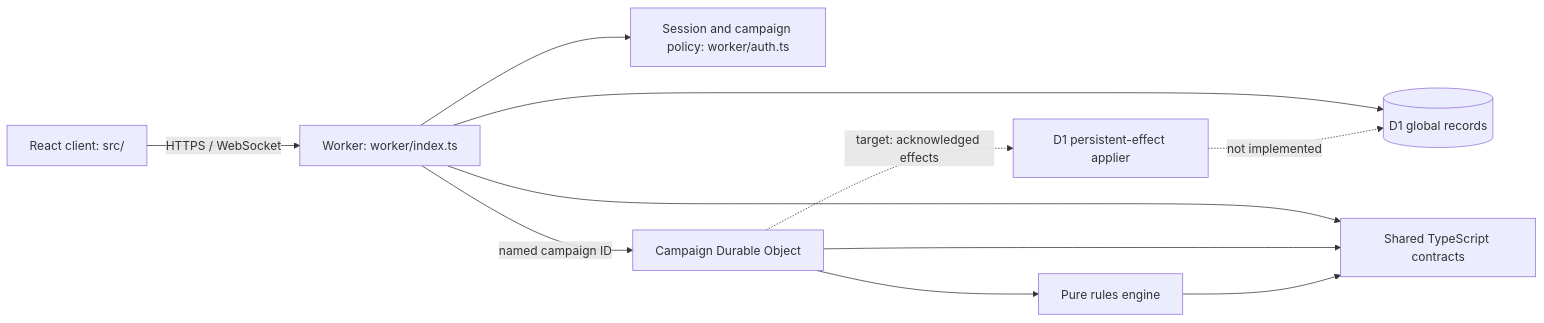
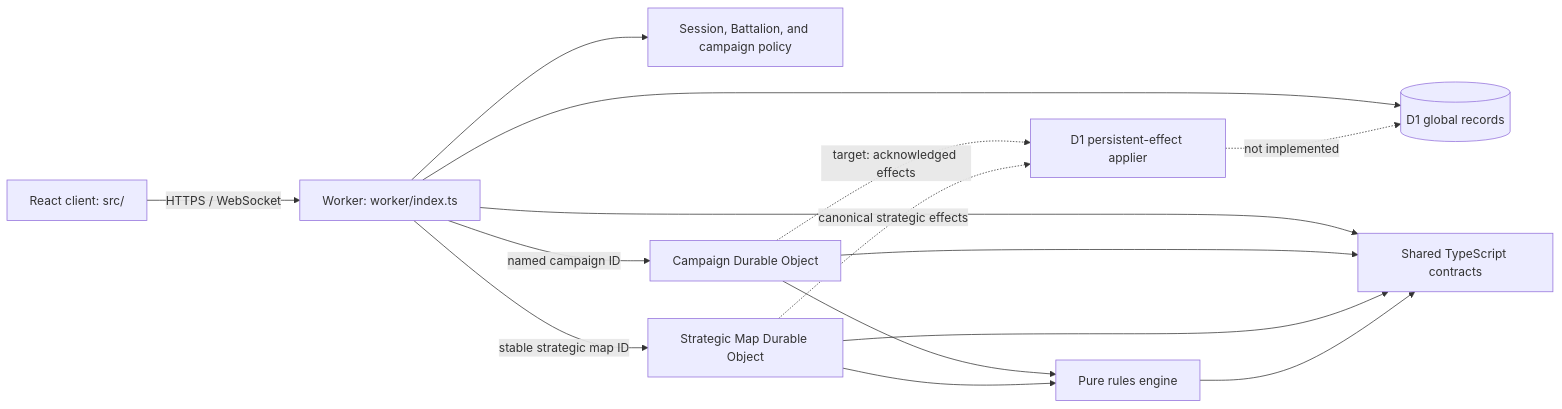
Before and after one commit to jbwod/Corinths-Plight: the diagram in docs/ARCHITECTURE.md, drawn with Mermaid. The commit also changed other lines of this file and 42 other files, not shown here.

````diff
--- a/docs/ARCHITECTURE.md
+++ b/docs/ARCHITECTURE.md
@@ -59,13 +62,17 @@
 ```mermaid
 flowchart LR
     Browser["React client: src/"] -->|HTTPS / WebSocket| Worker["Worker: worker/index.ts"]
-    Worker --> Auth["Session and campaign policy: worker/auth.ts"]
+    Worker --> Auth["Session, Battalion, and campaign policy"]
     Worker --> D1[("D1 global records")]
-    Worker -->|named campaign ID| DO["Campaign Durable Object"]
-    DO --> Engine["Pure rules engine"]
+    Worker -->|named campaign ID| CampaignDO["Campaign Durable Object"]
+    Worker -->|stable strategic map ID| StrategicDO["Strategic Map Durable Object"]
+    CampaignDO --> Engine["Pure rules engine"]
+    StrategicDO --> Engine
     Worker --> Domain["Shared TypeScript contracts"]
-    DO --> Domain
+    CampaignDO --> Domain
+    StrategicDO --> Domain
     Engine --> Domain
-    DO -. "target: acknowledged effects" .-> Applier["D1 persistent-effect applier"]
+    CampaignDO -. "target: acknowledged effects" .-> Applier["D1 persistent-effect applier"]
+    StrategicDO -. "canonical strategic effects" .-> Applier
     Applier -. "not implemented" .-> D1
 ```
````
